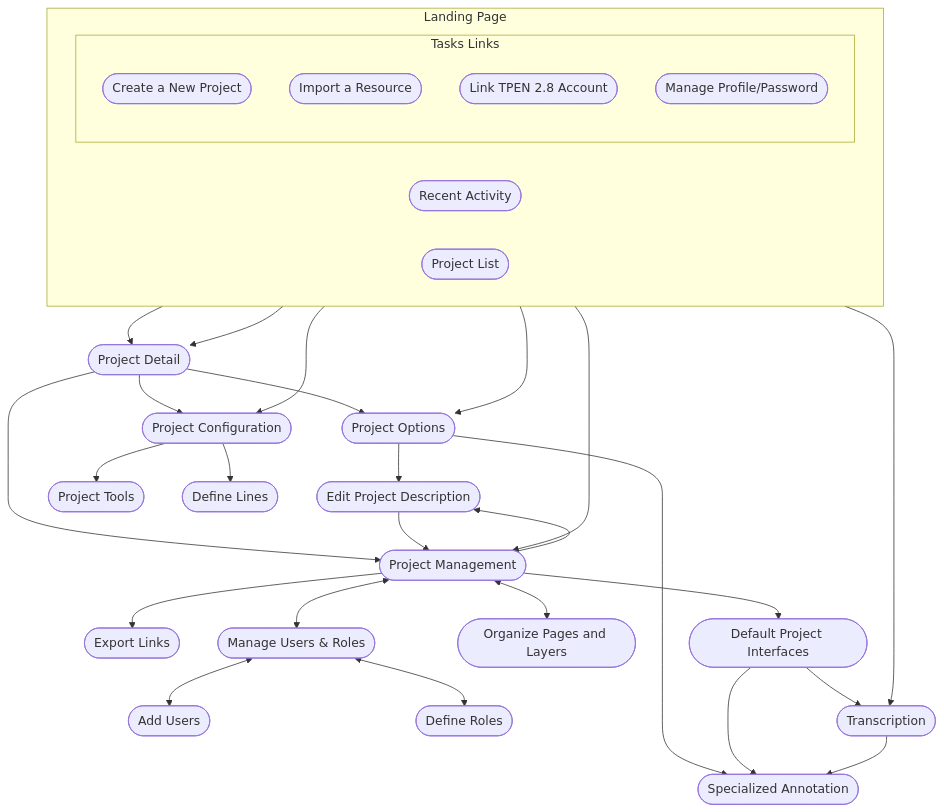
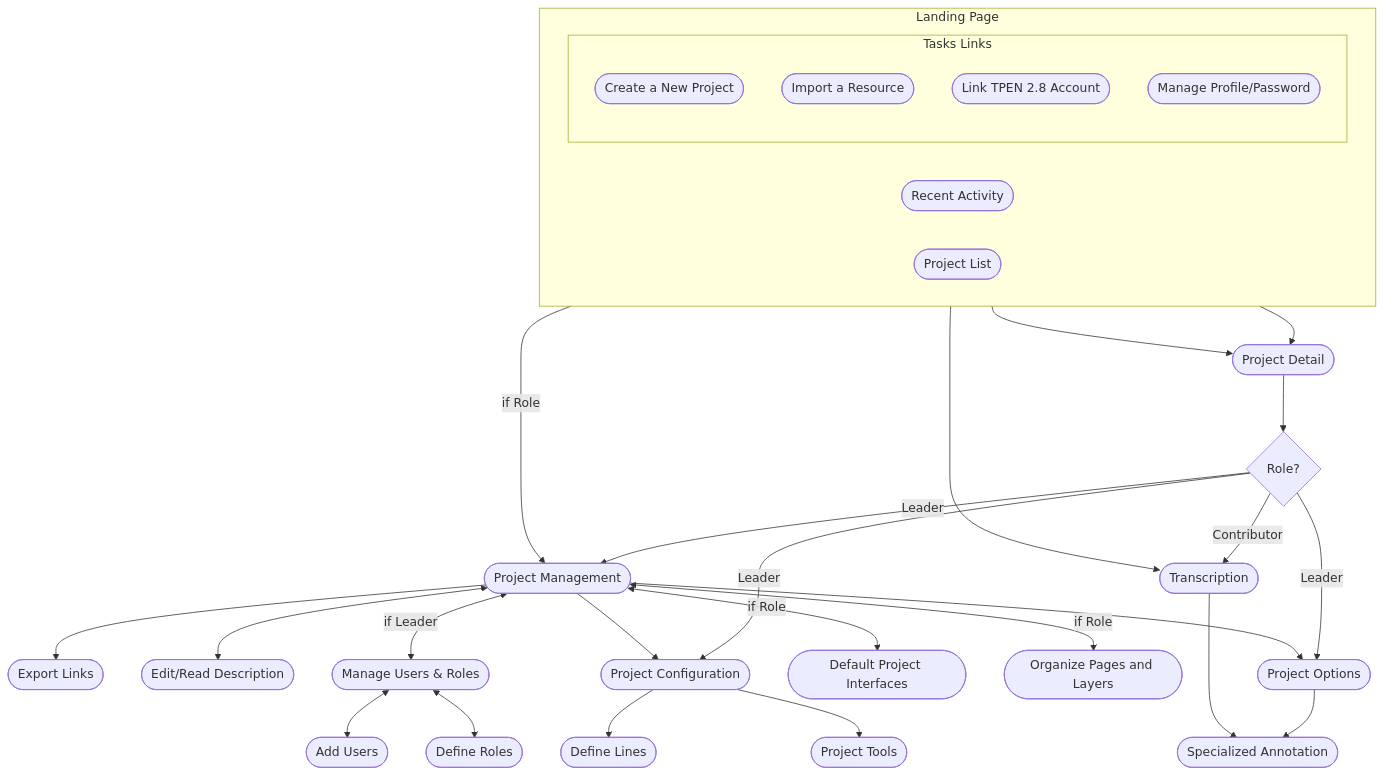
Before and after one commit to CenterForDigitalHumanities/TPEN3: the first of 4 diagrams in core-workflow-mermaid.md, drawn with Mermaid. The commit also changed other lines of this file, not shown here.

````diff
--- a/core-workflow-mermaid.md
+++ b/core-workflow-mermaid.md
@@ -12,62 +12,60 @@
 ```mermaid
 flowchart TD
     LandingPage([Landing Page])
     Recents([Recent Activity])
     List([Project List])
     Detail([Project Detail])
     ExportLink([Export Links])
-    EditDesc([Edit Project Description])
+    EditDesc([Edit/Read Description])
     Config([Project Configuration])
     Options([Project Options])
     Tools([Project Tools])
     Interfaces([Default Project Interfaces])
     Management([Project Management])
     PageLayers([Organize Pages and Layers])
     ManageUsers([Manage Users & Roles])
     AddUsers([Add Users])
     DefineRoles([Define Roles])
     Transcribe([Transcription])
     DefineLines([Define Lines])
     Annotate([Specialized Annotation])
     NewProject([Create a New Project])
     ImportResource([Import a Resource])
     LinkAccount([Link TPEN 2.8 Account])
     ManageProfile([Manage Profile/Password])
 
+    Recents --> Detail
+    Recents --> Transcribe
     subgraph LandingPage[Landing Page]
         direction LR
         Recents
         List
         subgraph ActionLinks[ Tasks Links ]
             direction TB
             NewProject
             ImportResource
             LinkAccount
             ManageProfile
         end
     end
-    Recents --> Transcribe
-    Recents --> Detail
     List --> Detail
-    List --> Management
-    List --> Config
-    List --> Options
-    Detail --> Config
-    Detail --> Options
-    Detail --> Management
-    Management <--> PageLayers
-    Management <--> ManageUsers
-    Management --> Interfaces
-    Management --> EditDesc
+    List --> |if Role| Management
+    Detail --> d{Role?}
+    d --> |Leader| Config
+    d --> |Leader| Options
+    d --> |Leader| Management
+    d --> |Contributor| Transcribe
+    Management <--> |if Role| PageLayers
+    Management <--> |if Leader| ManageUsers
+    Management <--> |if Role| Interfaces
+    Management <--> EditDesc
+    Management --> ExportLink
+    Management --> Options
+    Management --> Config
     ManageUsers <--> AddUsers
     ManageUsers <--> DefineRoles
+    Config --> DefineLines
     Config --> Tools
-    Config --> DefineLines
-    Management --> ExportLink
     Options --> Annotate
-    Options --> EditDesc
-    Interfaces --> Transcribe
-    Interfaces --> Annotate
-    EditDesc --> Management
     Transcribe --> Annotate
 ```
````
